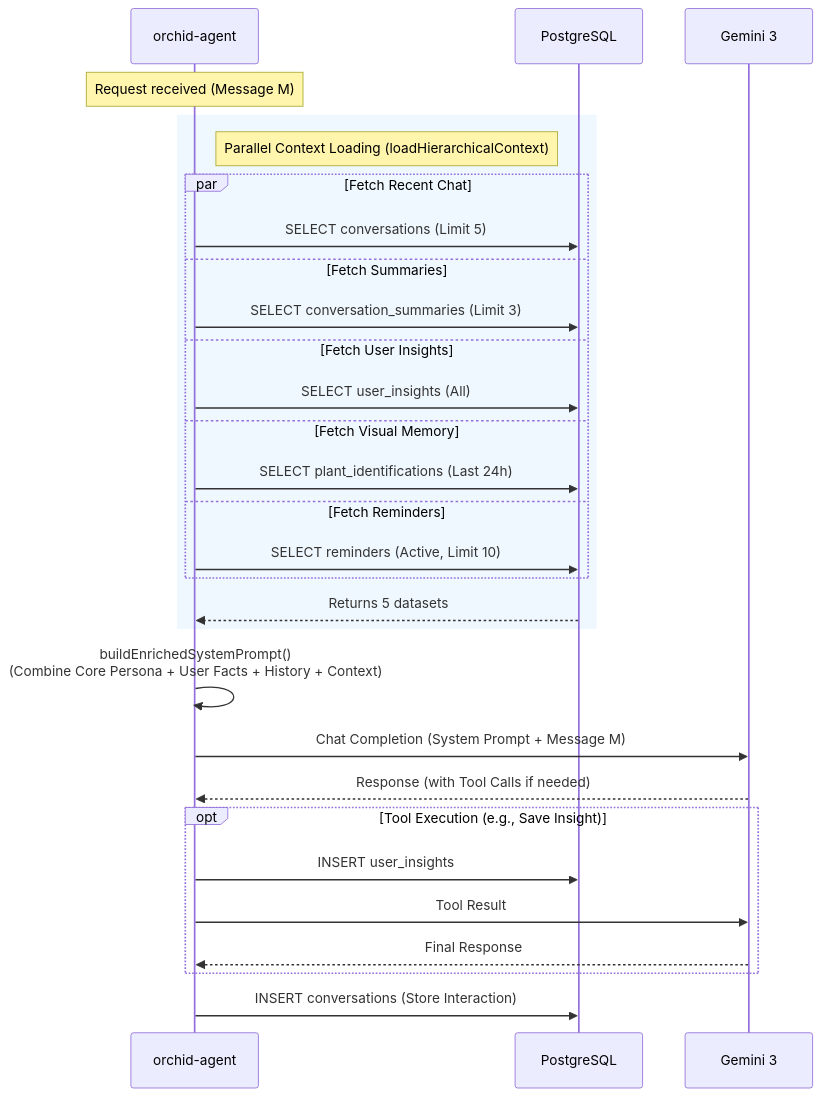
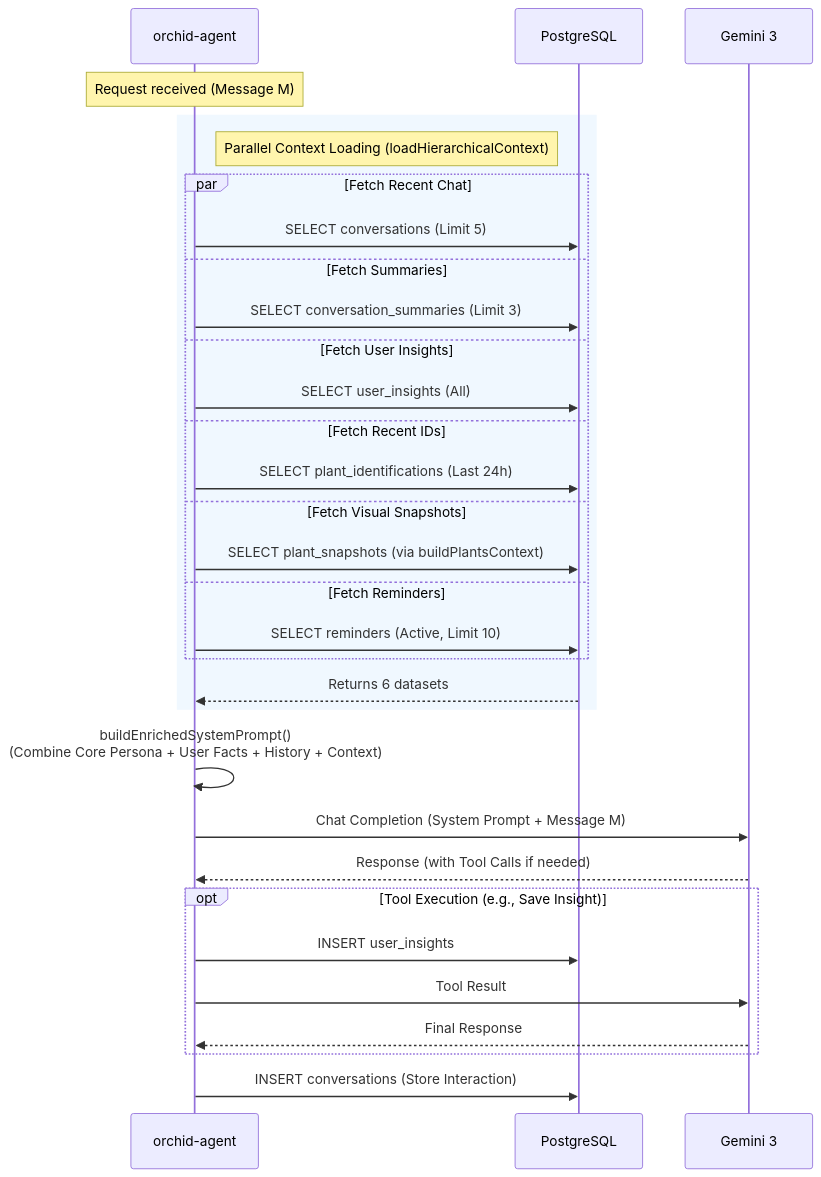
The third of 5 diagrams in docs/DIAGRAMS.md (masudl-hub/orchidcare), drawn with Mermaid before and after one commit. The commit also changed other lines of this file, not shown here.

First line of the commit message:
Add corrected technical diagrams to docs/DIAGRAMS.md

````diff
--- a/docs/DIAGRAMS.md
+++ b/docs/DIAGRAMS.md
@@ -167,38 +168,40 @@
 ```mermaid
 sequenceDiagram
     participant Agent as orchid-agent
     participant DB as PostgreSQL
     participant LLM as Gemini 3
 
     Note over Agent: Request received (Message M)
 
     rect rgb(240, 248, 255)
         Note right of Agent: Parallel Context Loading (loadHierarchicalContext)
         par Fetch Recent Chat
             Agent->>DB: SELECT conversations (Limit 5)
         and Fetch Summaries
             Agent->>DB: SELECT conversation_summaries (Limit 3)
         and Fetch User Insights
             Agent->>DB: SELECT user_insights (All)
-        and Fetch Visual Memory
+        and Fetch Recent IDs
             Agent->>DB: SELECT plant_identifications (Last 24h)
+        and Fetch Visual Snapshots
+            Agent->>DB: SELECT plant_snapshots (via buildPlantsContext)
         and Fetch Reminders
             Agent->>DB: SELECT reminders (Active, Limit 10)
         end
 
-        DB-->>Agent: Returns 5 datasets
+        DB-->>Agent: Returns 6 datasets
     end
 
     Agent->>Agent: buildEnrichedSystemPrompt()<br/>(Combine Core Persona + User Facts + History + Context)
 
     Agent->>LLM: Chat Completion (System Prompt + Message M)
     LLM-->>Agent: Response (with Tool Calls if needed)
 
     opt Tool Execution (e.g., Save Insight)
         Agent->>DB: INSERT user_insights
         Agent->>LLM: Tool Result
         LLM-->>Agent: Final Response
     end
 
     Agent->>DB: INSERT conversations (Store Interaction)
 ```
````
